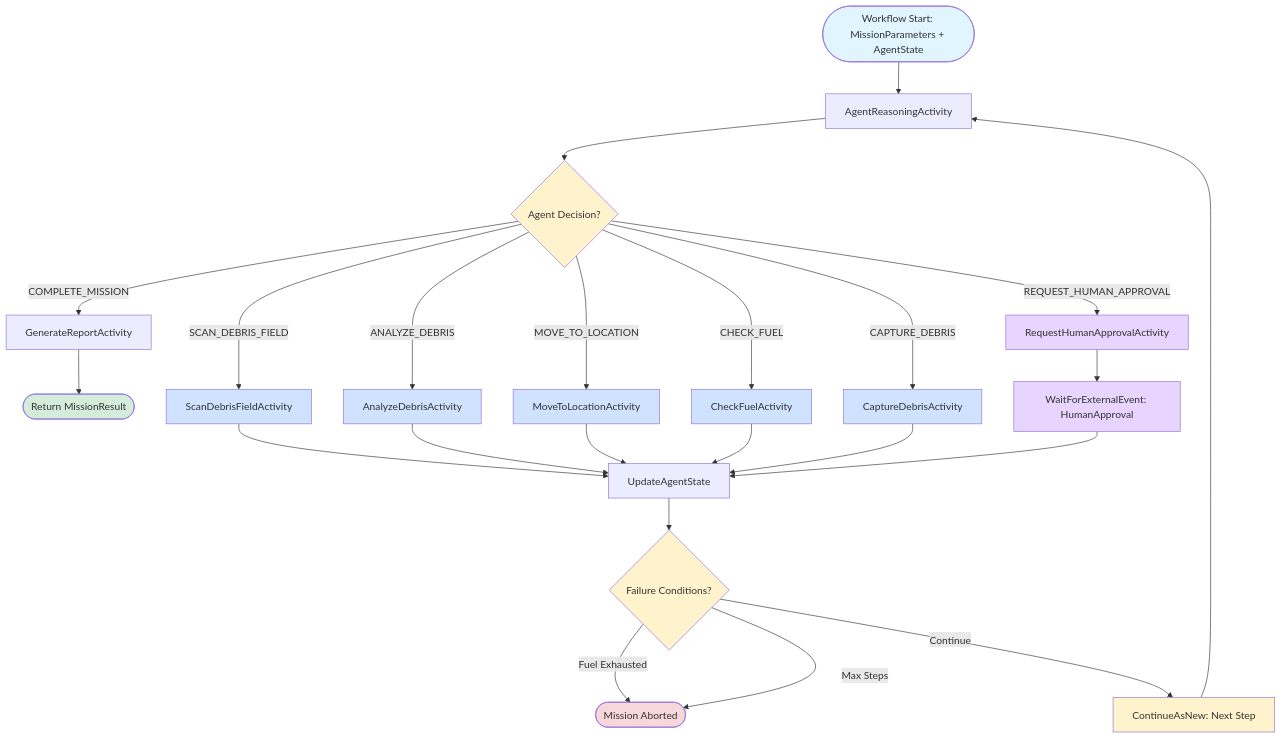
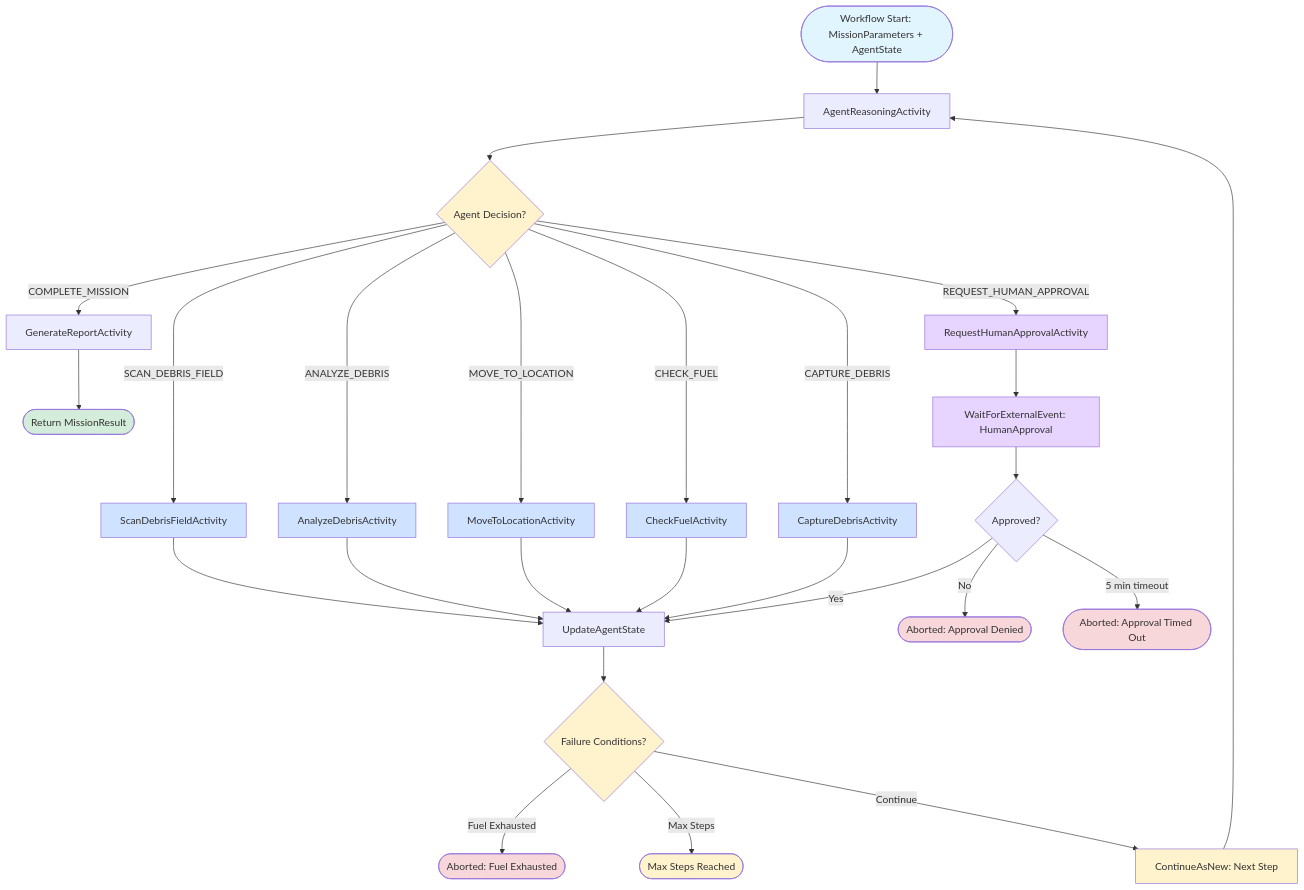
One commit to diagrid-labs/dapr-reliable-agentic-systems changed the diagram in SpaceDebrisAgent/README.md. Above: the diagram before and after it, drawn with Mermaid. The commit also changed 10 other files, not shown here.

````diff
--- a/SpaceDebrisAgent/README.md
+++ b/SpaceDebrisAgent/README.md
@@ -46,39 +46,45 @@
 ```mermaid
 graph TD
     Start([Workflow Start: MissionParameters + AgentState]) --> A1[AgentReasoningActivity]
     A1 --> Router{Agent Decision?}
     Router -->|COMPLETE_MISSION| A2[GenerateReportActivity]
     A2 --> End([Return MissionResult])
     Router -->|SCAN_DEBRIS_FIELD| T1[ScanDebrisFieldActivity]
     Router -->|ANALYZE_DEBRIS| T2[AnalyzeDebrisActivity]
     Router -->|MOVE_TO_LOCATION| T3[MoveToLocationActivity]
     Router -->|CHECK_FUEL| T4[CheckFuelActivity]
     Router -->|CAPTURE_DEBRIS| T5[CaptureDebrisActivity]
     Router -->|REQUEST_HUMAN_APPROVAL| T6[RequestHumanApprovalActivity]
     T1 --> Update[UpdateAgentState]
     T2 --> Update
     T3 --> Update
     T4 --> Update
     T5 --> Update
     T6 --> Wait[WaitForExternalEvent: HumanApproval]
-    Wait --> Update
+    Wait --> Approved{Approved?}
+    Approved -->|Yes| Update
+    Approved -->|No| Denied([Aborted: Approval Denied])
+    Approved -->|5 min timeout| TimedOut([Aborted: Approval Timed Out])
     Update --> Check{Failure Conditions?}
-    Check -->|Fuel Exhausted| Fail([Mission Aborted])
-    Check -->|Max Steps| Fail
+    Check -->|Fuel Exhausted| Exhausted([Aborted: Fuel Exhausted])
+    Check -->|Max Steps| MaxSteps([Max Steps Reached])
     Check -->|Continue| ContinueAsNew[ContinueAsNew: Next Step]
     ContinueAsNew --> A1
     
     style Start fill:#e1f5ff
     style End fill:#d4edda
-    style Fail fill:#f8d7da
+    style Denied fill:#f8d7da
+    style TimedOut fill:#f8d7da
+    style Exhausted fill:#f8d7da
+    style MaxSteps fill:#fff3cd
     style Router fill:#fff3cd
     style Check fill:#fff3cd
     style T1 fill:#cfe2ff
     style T2 fill:#cfe2ff
     style T3 fill:#cfe2ff
     style T4 fill:#cfe2ff
     style T5 fill:#cfe2ff
     style T6 fill:#e7d4ff
     style Wait fill:#e7d4ff
     style ContinueAsNew fill:#fff3cd
 ```
````
